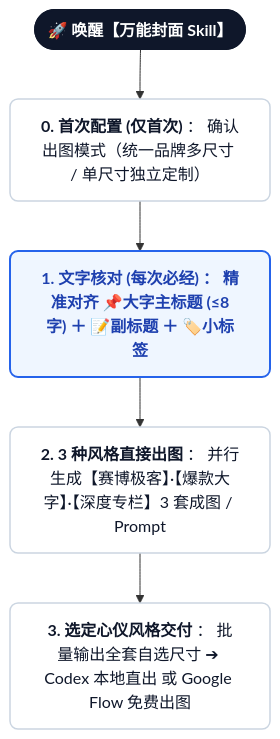
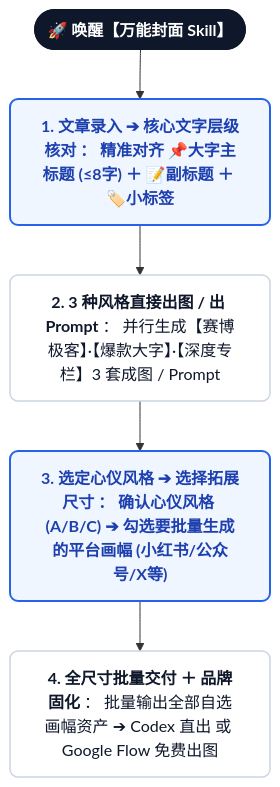
One commit to kaomei/cover-studio changed the first of 2 diagrams in README.md. Above: the diagram before and after it, drawn with Mermaid. The commit also changed other lines of this file and 7 other files, not shown here.

Commit message:
fix(flow): adjust interaction pipeline to naturally present 3 styles first, then select platforms for multi-ratio batch export

````diff
--- a/README.md
+++ b/README.md
@@ -60,13 +59,13 @@
 ```mermaid
 flowchart TD
     classDef default fill:#ffffff,stroke:#e2e8f0,stroke-width:1.5px,color:#1e293b,rx:8px,ry:8px;
     classDef startNode fill:#0f172a,stroke:#0f172a,stroke-width:2px,color:#ffffff,font-weight:bold,rx:20px,ry:20px;
     classDef stepNode fill:#ffffff,stroke:#cbd5e1,stroke-width:1.5px,color:#0f172a,rx:8px,ry:8px;
     classDef highlightNode fill:#eff6ff,stroke:#2563eb,stroke-width:2px,color:#1e40af,font-weight:bold,rx:8px,ry:8px;
 
     A0(["🚀 唤醒【万能封面 Skill】"]):::startNode
-    --> A1["<b>0. 首次配置 (仅首次)</b> ： 确认出图模式（统一品牌多尺寸 / 单尺寸独立定制）"]:::stepNode
-    --> A2["<b>1. 文字核对 (每次必经)</b> ： 精准对齐 📌大字主标题 (≤8字) ＋ 📝副标题 ＋ 🏷️小标签"]:::highlightNode
-    --> A3["<b>2. 3 种风格直接出图</b> ： 并行生成【赛博极客】·【爆款大字】·【深度专栏】3 套成图 / Prompt"]:::stepNode
-    --> A4["<b>3. 选定心仪风格交付</b> ： 批量输出全套自选尺寸 ➔ Codex 本地直出 或 Google Flow 免费出图"]:::stepNode
+    --> A1["<b>1. 文章录入 ➔ 核心文字层级核对</b> ： 精准对齐 📌大字主标题 (≤8字) ＋ 📝副标题 ＋ 🏷️小标签"]:::highlightNode
+    --> A2["<b>2. 3 种风格直接出图 / 出 Prompt</b> ： 并行生成【赛博极客】·【爆款大字】·【深度专栏】3 套成图 / Prompt"]:::stepNode
+    --> A3["<b>3. 选定心仪风格 ➔ 选择拓展尺寸</b> ： 确认心仪风格 (A/B/C) ➔ 勾选要批量生成的平台画幅 (小红书/公众号/X等)"]:::highlightNode
+    --> A4["<b>4. 全尺寸批量交付 ＋ 品牌固化</b> ： 批量输出全部自选画幅资产 ➔ Codex 直出 或 Google Flow 免费出图"]:::stepNode
 ```
````
